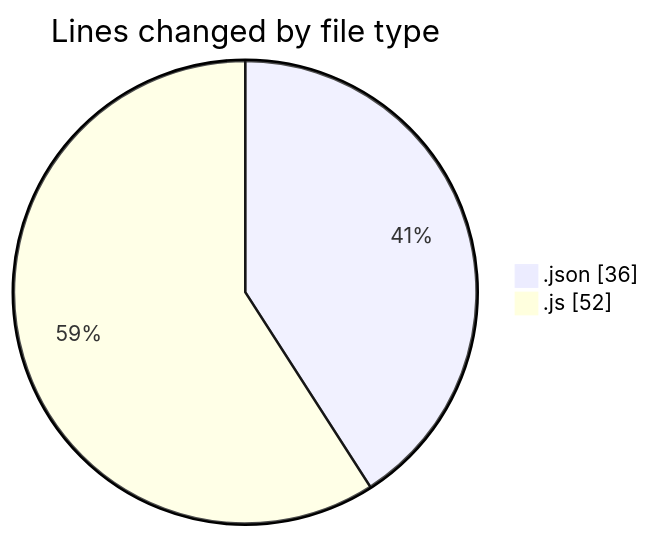
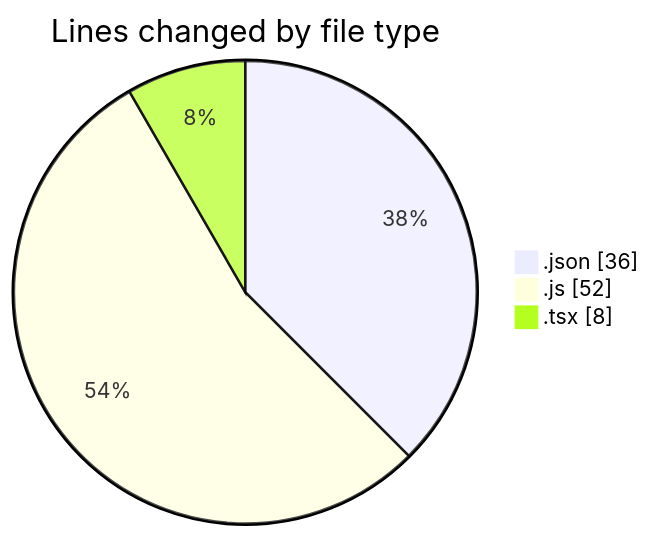
The first of 2 diagrams in 2025-04-01/product-detail-page/README.md (Elitesun/code-tracking), drawn with Mermaid before and after one commit. The commit also changed other lines of this file and 1 other file, not shown here.

````diff
--- a/2025-04-01/product-detail-page/README.md
+++ b/2025-04-01/product-detail-page/README.md
@@ -21,6 +22,7 @@
 ```mermaid
 pie showData
 title Lines changed by file type
 ".json" : 36
 ".js" : 52
+".tsx" : 8
 ```
````
